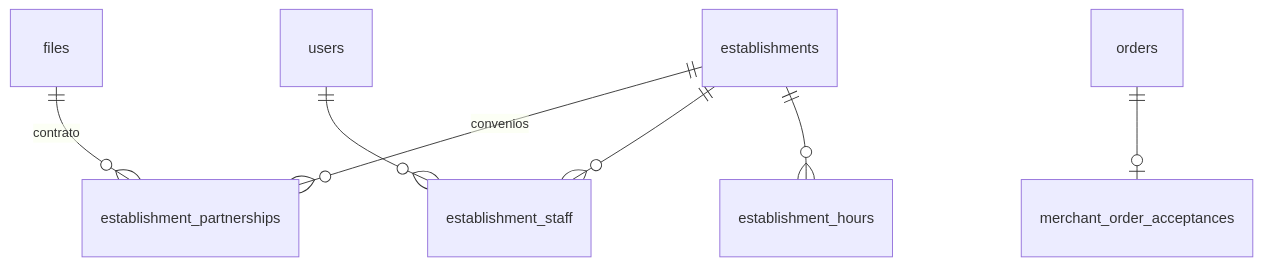
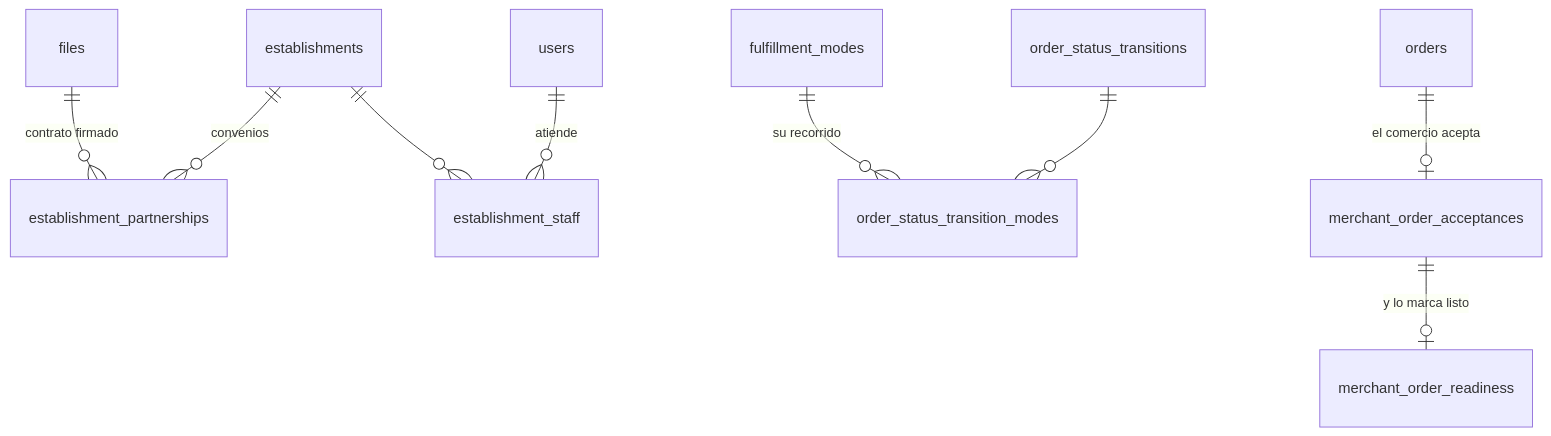
The third of 3 diagrams in Docs/14-base-de-datos/E13-E15-fases-futuras.md (Yadirtf/RapiChonta), drawn with Mermaid before and after one commit. The commit also changed other lines of this file, not shown here.

Commit message:
Docs: E15 implementado (convenios, personal del comercio y pedido directo)
Claude-Session: https://claude.ai/code/session_01KuSUSPcq9QHcAxqhreLpLJ

````diff
--- a/Docs/14-base-de-datos/E13-E15-fases-futuras.md
+++ b/Docs/14-base-de-datos/E13-E15-fases-futuras.md
@@ -77,9 +79,11 @@
 ```mermaid
 erDiagram
   establishments ||--o{ establishment_partnerships : "convenios"
-  files ||--o{ establishment_partnerships : "contrato"
-  users ||--o{ establishment_staff : ""
+  files ||--o{ establishment_partnerships : "contrato firmado"
+  users ||--o{ establishment_staff : "atiende"
   establishments ||--o{ establishment_staff : ""
-  establishments ||--o{ establishment_hours : ""
-  orders ||--o| merchant_order_acceptances : ""
+  fulfillment_modes ||--o{ order_status_transition_modes : "su recorrido"
+  order_status_transitions ||--o{ order_status_transition_modes : ""
+  orders ||--o| merchant_order_acceptances : "el comercio acepta"
+  merchant_order_acceptances ||--o| merchant_order_readiness : "y lo marca listo"
 ```
````
